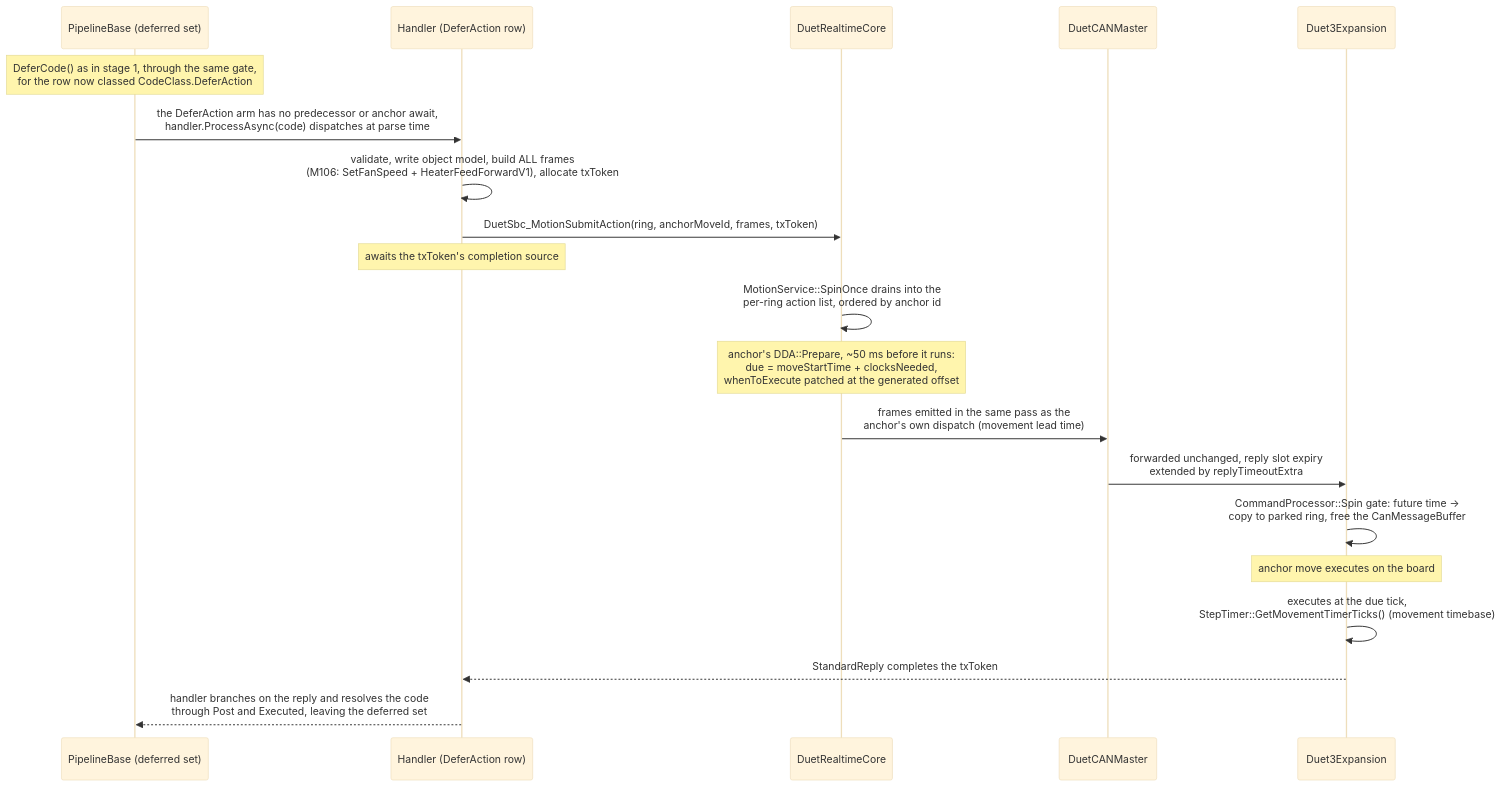
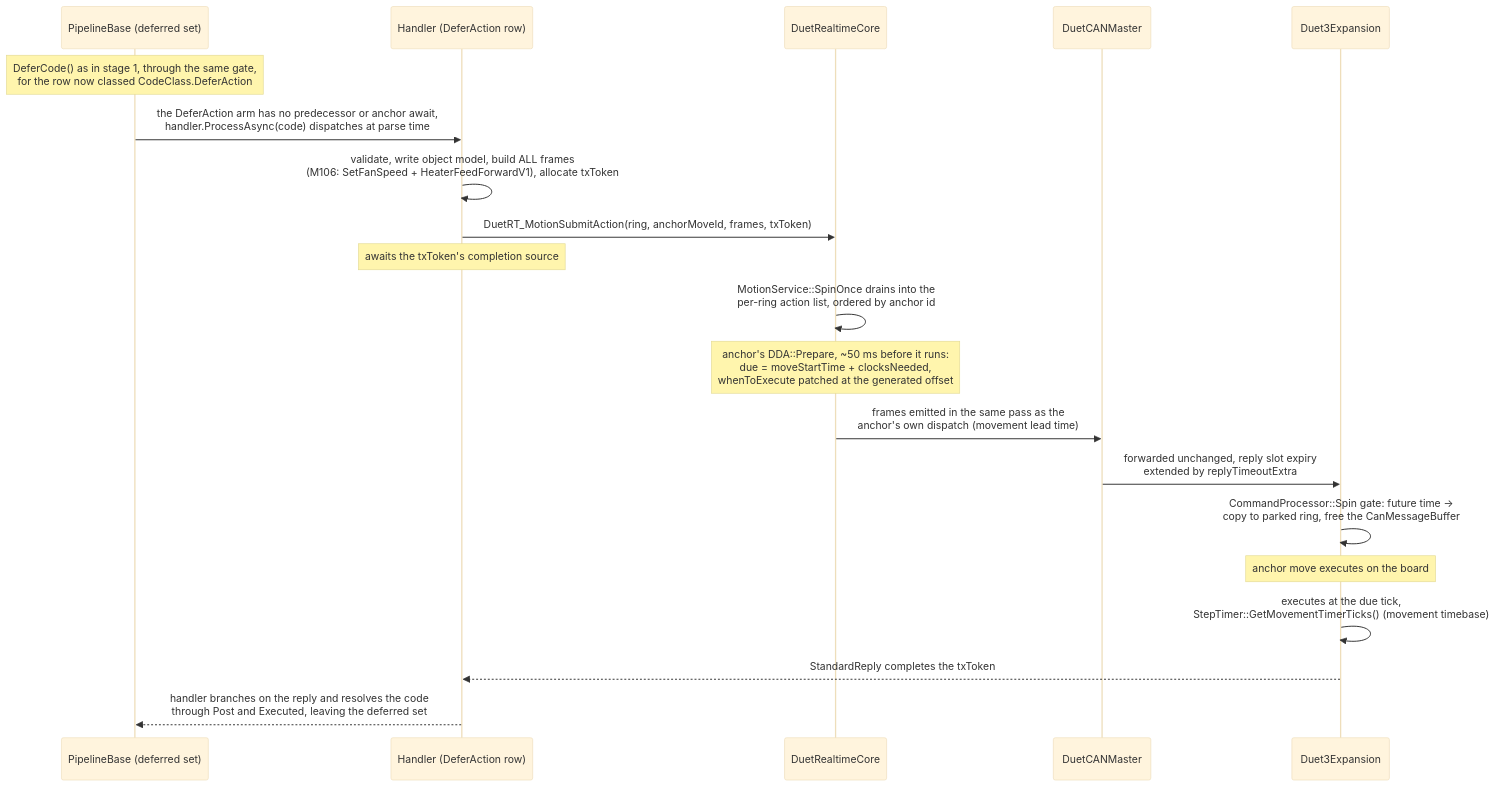
One commit to Duet3D/DuetSoftwareFramework changed the eighth of 8 diagrams in docs/devel/MOTION_SYNCHRONISED_ACTIONS.md. Above: the diagram before and after it, drawn with Mermaid (base theme). The commit also changed other lines of this file and 48 other files, not shown here.

````diff
--- a/docs/devel/MOTION_SYNCHRONISED_ACTIONS.md
+++ b/docs/devel/MOTION_SYNCHRONISED_ACTIONS.md
@@ -880,22 +880,22 @@
 ```mermaid
 sequenceDiagram
     participant PB as PipelineBase (deferred set)
     participant H as Handler (DeferAction row)
     participant SI as DuetRealtimeCore
     participant CM as DuetCANMaster
     participant XB as Duet3Expansion
     Note over PB: DeferCode() as in stage 1, through the same gate,<br/>for the row now classed CodeClass.DeferAction
     PB->>H: the DeferAction arm has no predecessor or anchor await,<br/>handler.ProcessAsync(code) dispatches at parse time
     H->>H: validate, write object model, build ALL frames<br/>(M106: SetFanSpeed + HeaterFeedForwardV1), allocate txToken
-    H->>SI: DuetSbc_MotionSubmitAction(ring, anchorMoveId, frames, txToken)
+    H->>SI: DuetRT_MotionSubmitAction(ring, anchorMoveId, frames, txToken)
     Note over H: awaits the txToken's completion source
     SI->>SI: MotionService::SpinOnce drains into the<br/>per-ring action list, ordered by anchor id
     Note over SI: anchor's DDA::Prepare, ~50 ms before it runs:<br/>due = moveStartTime + clocksNeeded,<br/>whenToExecute patched at the generated offset
     SI->>CM: frames emitted in the same pass as the<br/>anchor's own dispatch (movement lead time)
     CM->>XB: forwarded unchanged, reply slot expiry<br/>extended by replyTimeoutExtra
     XB->>XB: CommandProcessor::Spin gate: future time →<br/>copy to parked ring, free the CanMessageBuffer
     Note over XB: anchor move executes on the board
     XB->>XB: executes at the due tick,<br/>StepTimer::GetMovementTimerTicks() (movement timebase)
     XB-->>H: StandardReply completes the txToken
     H-->>PB: handler branches on the reply and resolves the code<br/>through Post and Executed, leaving the deferred set
 ```
````
